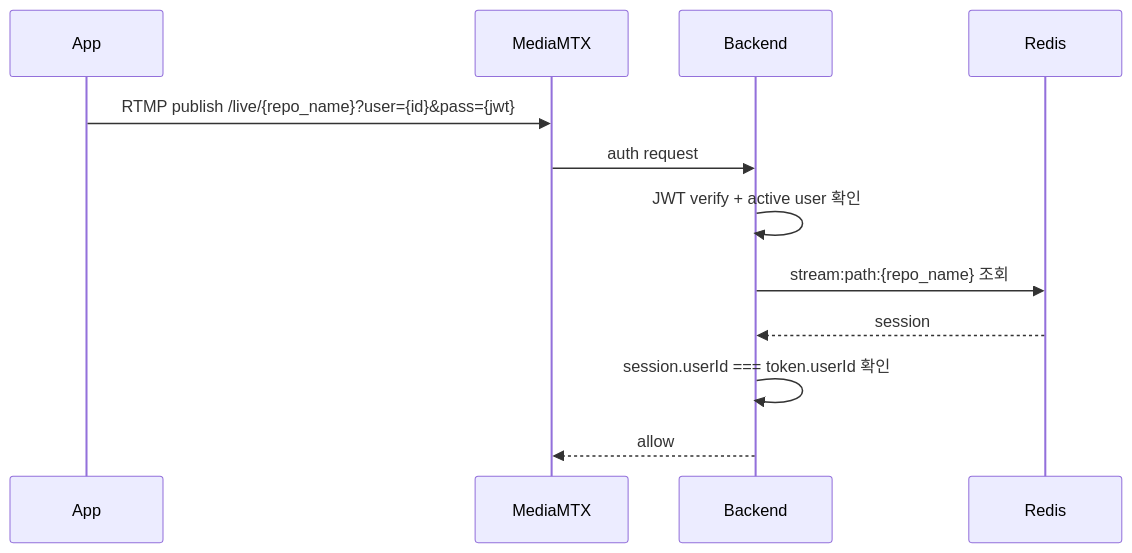
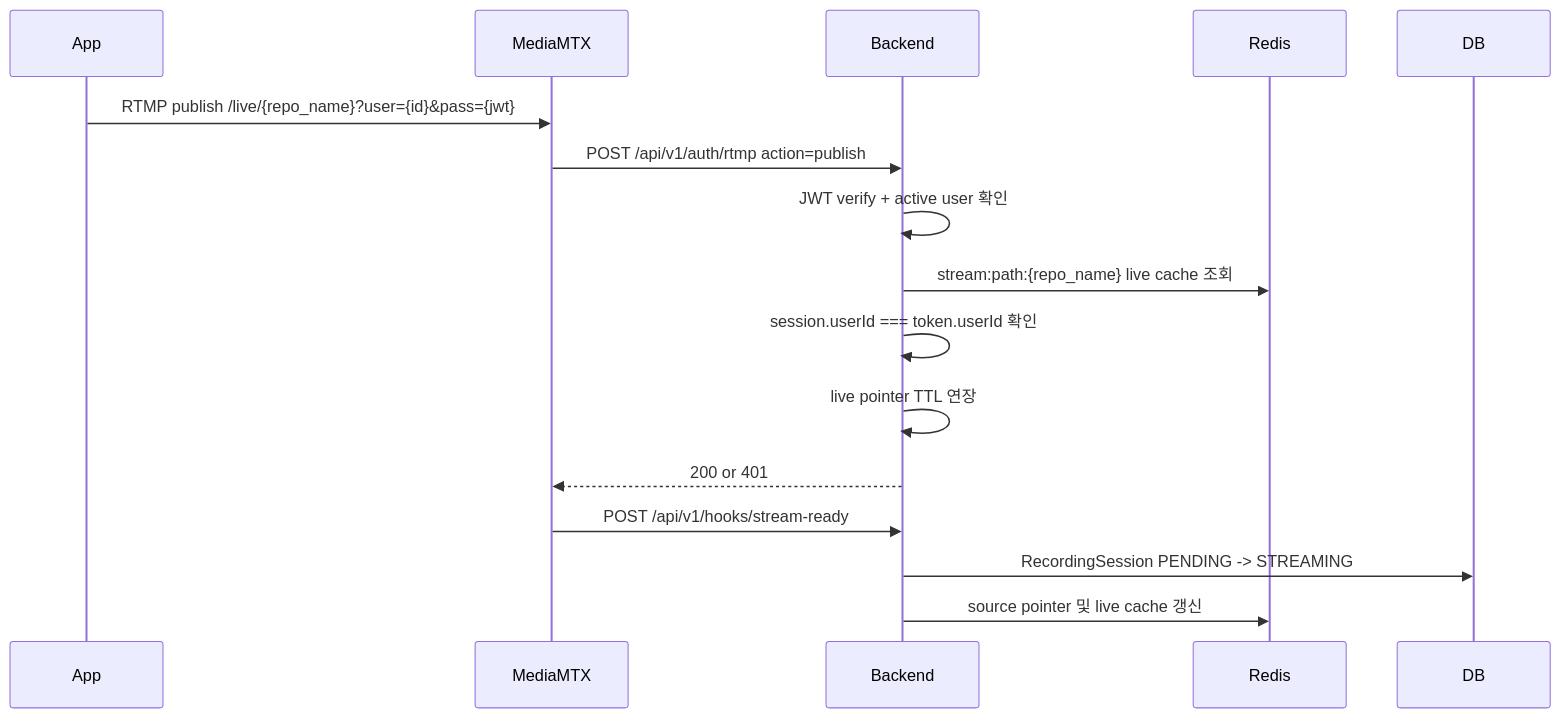
Before and after one commit to ego-flow/ego-flow-server: the third of 6 diagrams in docs/09. project_streaming.md, drawn with Mermaid. The commit also changed other lines of this file and 39 other files, not shown here.

Commit message:
Refactor recording-based streaming pipeline

````diff
--- a/docs/09. project_streaming.md
+++ b/docs/09. project_streaming.md
@@ -89,15 +135,18 @@
 ```mermaid
 sequenceDiagram
     participant App
     participant MTX as MediaMTX
     participant BE as Backend
     participant Redis
 
     App->>MTX: RTMP publish /live/{repo_name}?user={id}&pass={jwt}
-    MTX->>BE: auth request
+    MTX->>BE: POST /api/v1/auth/rtmp action=publish
     BE->>BE: JWT verify + active user 확인
-    BE->>Redis: stream:path:{repo_name} 조회
-    Redis-->>BE: session
+    BE->>Redis: stream:path:{repo_name} live cache 조회
     BE->>BE: session.userId === token.userId 확인
-    BE-->>MTX: allow
+    BE->>BE: live pointer TTL 연장
+    BE-->>MTX: 200 or 401
+    MTX->>BE: POST /api/v1/hooks/stream-ready
+    BE->>DB: RecordingSession PENDING -> STREAMING
+    BE->>Redis: source pointer 및 live cache 갱신
 ```
````
